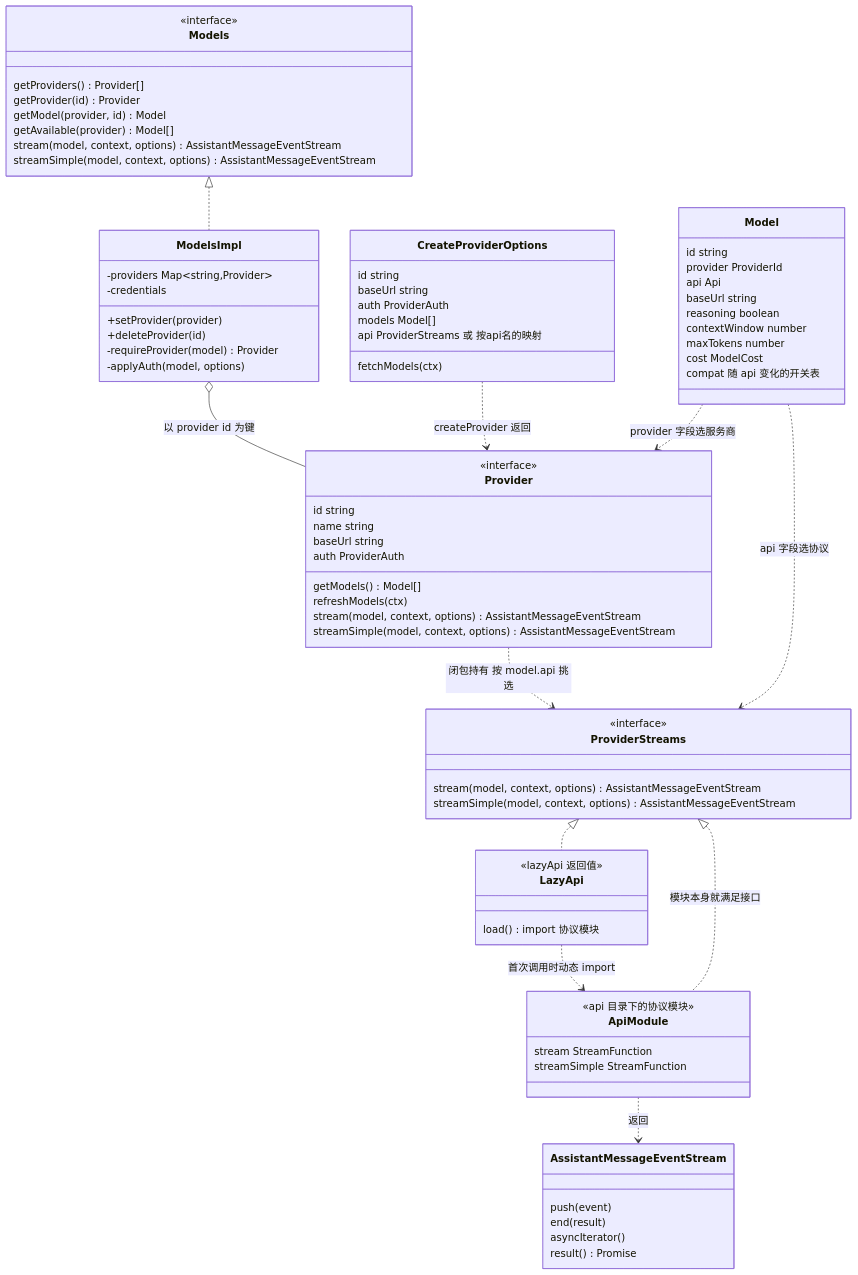
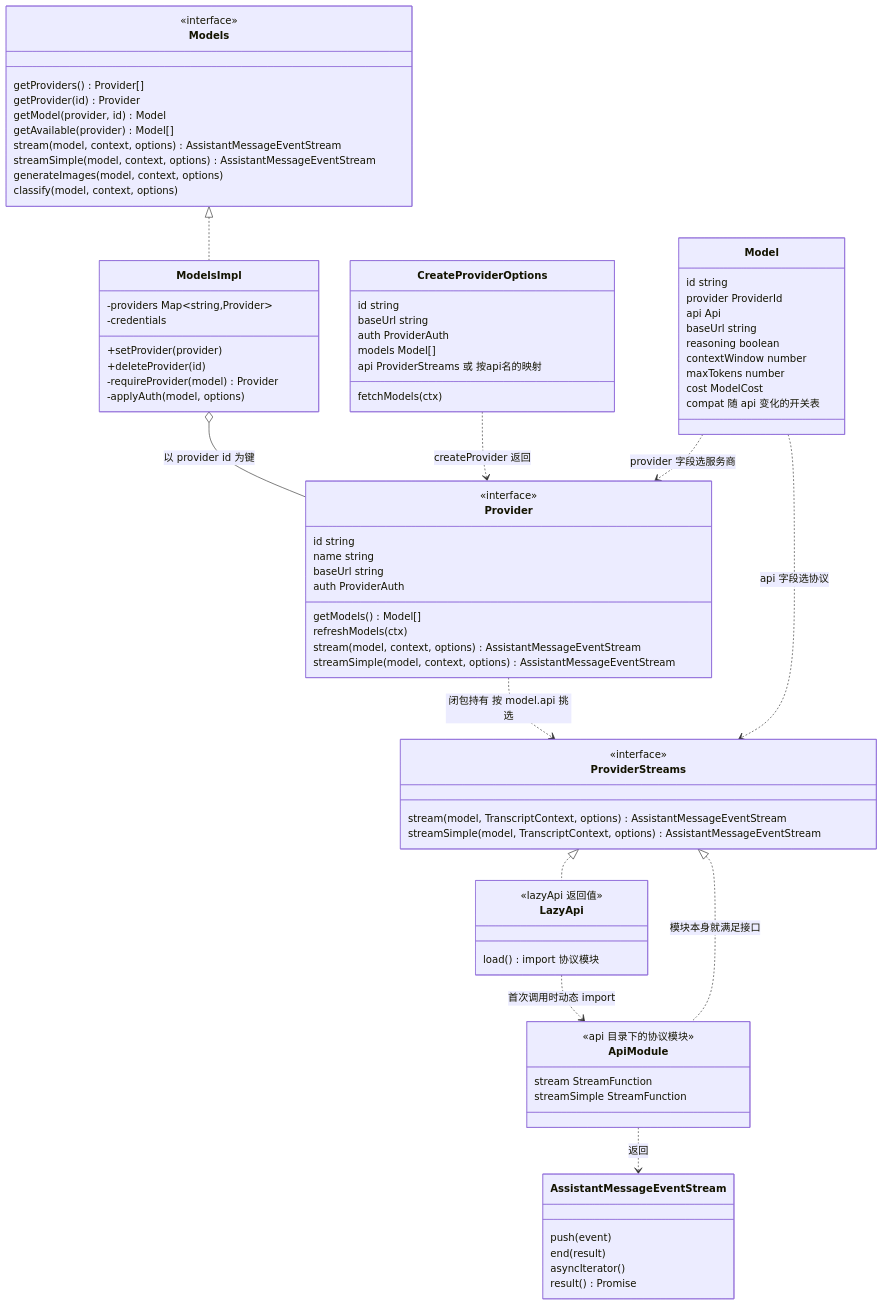
Before and after one commit to nickqiaoo/nickqiaoo.github.io: the ninth of 18 diagrams in src/content/post/agents-pi-mono/index.md, drawn with Mermaid. The commit also changed other lines of this file and 1 other file, not shown here.

````diff
--- a/src/content/post/agents-pi-mono/index.md
+++ b/src/content/post/agents-pi-mono/index.md
@@ -927,80 +1083,82 @@
 ```mermaid
 classDiagram
   class Model {
     id string
     provider ProviderId
     api Api
     baseUrl string
     reasoning boolean
     contextWindow number
     maxTokens number
     cost ModelCost
     compat 随 api 变化的开关表
   }
   class Models {
     <<interface>>
     getProviders() Provider[]
     getProvider(id) Provider
     getModel(provider, id) Model
     getAvailable(provider) Model[]
     stream(model, context, options) AssistantMessageEventStream
     streamSimple(model, context, options) AssistantMessageEventStream
+    generateImages(model, context, options)
+    classify(model, context, options)
   }
   class ModelsImpl {
     -providers Map~string,Provider~
     -credentials
     +setProvider(provider)
     +deleteProvider(id)
     -requireProvider(model) Provider
     -applyAuth(model, options)
   }
   class Provider {
     <<interface>>
     id string
     name string
     baseUrl string
     auth ProviderAuth
     getModels() Model[]
     refreshModels(ctx)
     stream(model, context, options) AssistantMessageEventStream
     streamSimple(model, context, options) AssistantMessageEventStream
   }
   class CreateProviderOptions {
     id string
     baseUrl string
     auth ProviderAuth
     models Model[]
     fetchModels(ctx)
     api ProviderStreams 或 按api名的映射
   }
   class ProviderStreams {
     <<interface>>
-    stream(model, context, options) AssistantMessageEventStream
-    streamSimple(model, context, options) AssistantMessageEventStream
+    stream(model, TranscriptContext, options) AssistantMessageEventStream
+    streamSimple(model, TranscriptContext, options) AssistantMessageEventStream
   }
   class LazyApi {
     <<lazyApi 返回值>>
     load() import 协议模块
   }
   class ApiModule {
     <<api 目录下的协议模块>>
     stream StreamFunction
     streamSimple StreamFunction
   }
   class AssistantMessageEventStream {
     push(event)
     end(result)
     asyncIterator()
     result() Promise
   }
   Models <|.. ModelsImpl
   ModelsImpl o-- Provider : 以 provider id 为键
   CreateProviderOptions ..> Provider : createProvider 返回
   Provider ..> ProviderStreams : 闭包持有 按 model.api 挑选
   ProviderStreams <|.. LazyApi
   LazyApi ..> ApiModule : 首次调用时动态 import
   ProviderStreams <|.. ApiModule : 模块本身就满足接口
   Model ..> Provider : provider 字段选服务商
   Model ..> ProviderStreams : api 字段选协议
   ApiModule ..> AssistantMessageEventStream : 返回
 ```
````
